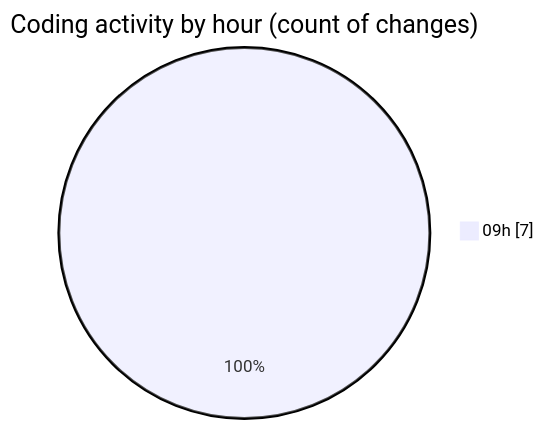
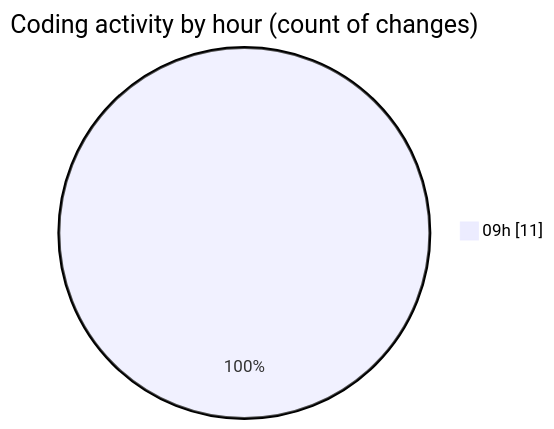
Before and after one commit to Unknowalive/code-tracking: the second of 2 diagrams in 2026-09-01/pws_v/README.md, drawn with Mermaid. The commit also changed other lines of this file and 1 other file, not shown here.

````diff
--- a/2026-09-01/pws_v/README.md
+++ b/2026-09-01/pws_v/README.md
@@ -28,5 +28,5 @@
 ```mermaid
 pie showData
 title Coding activity by hour (count of changes)
-"09h" : 7
+"09h" : 11
 ```
````
